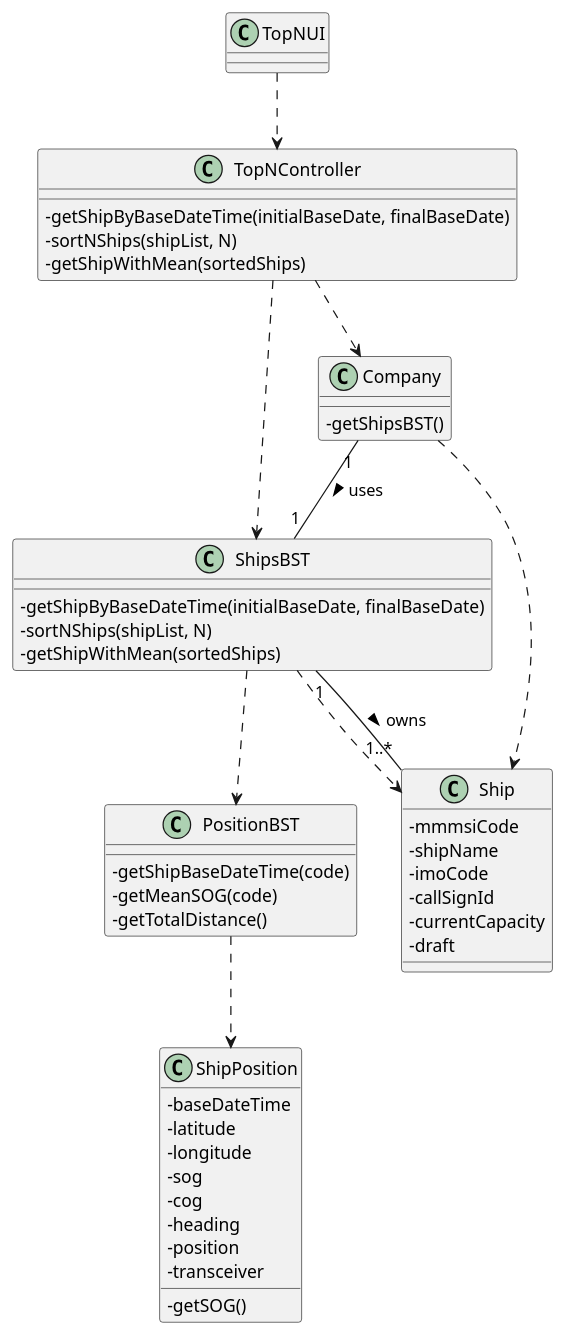
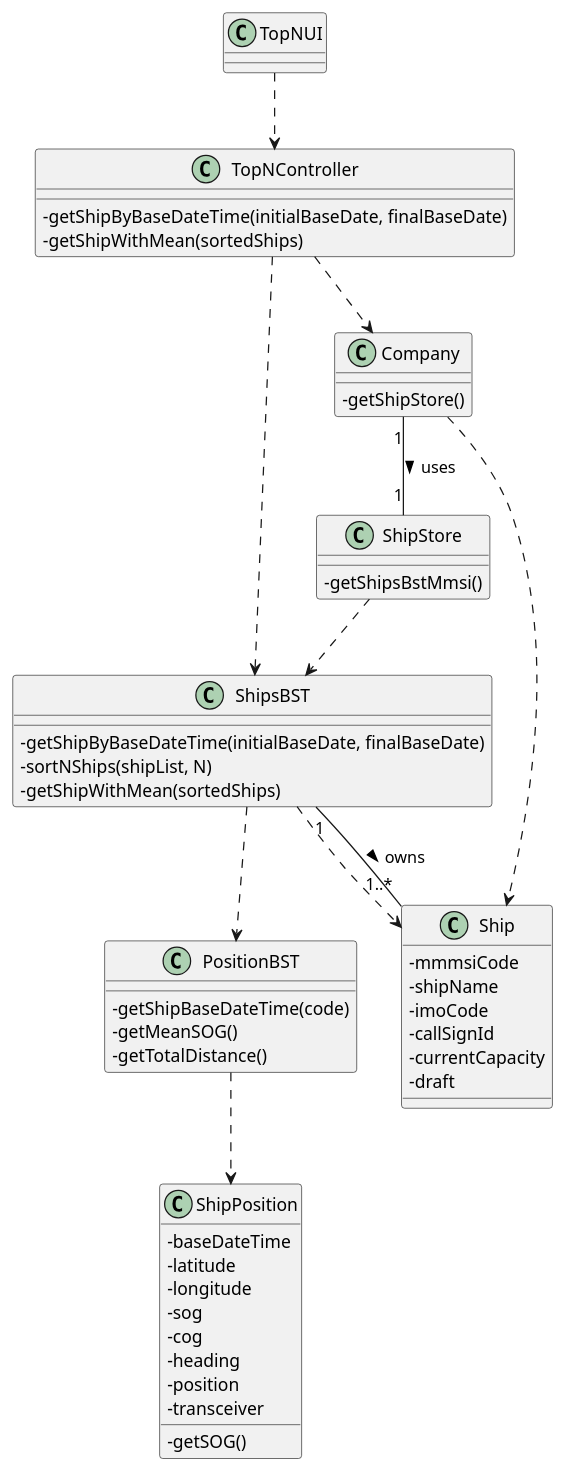
The diagram in docs/US106/US106_CD.puml (ana-albergaria/LAPR3-ISEP), drawn with PlantUML before and after one commit. The commit also changed 9 other files, not shown here.

```diff
--- a/docs/US106/US106_CD.puml
+++ b/docs/US106/US106_CD.puml
@@ -1,63 +1,67 @@
 @startuml
 
 skinparam classAttributeIconSize 0
 
 
 class Ship {
     -mmmsiCode
     -shipName
     -imoCode
     -callSignId
     -currentCapacity /'added by us'/
     -draft
 }
 
 class ShipPosition {
     -baseDateTime
     -latitude
     -longitude
     -sog
     -cog
     -heading
     -position
     -transceiver
     -getSOG()
 }
 
+class ShipStore {
+    -getShipsBstMmsi()
+}
+
 
 class TopNUI {}
 
 class TopNController {
     -getShipByBaseDateTime(initialBaseDate, finalBaseDate)
-    -sortNShips(shipList, N)
     -getShipWithMean(sortedShips)
 }
 
 class ShipsBST{
     -getShipByBaseDateTime(initialBaseDate, finalBaseDate)
     -sortNShips(shipList, N)
     -getShipWithMean(sortedShips)
 }
 
 class PositionBST{
     -getShipBaseDateTime(code)
-    -getMeanSOG(code)
+    -getMeanSOG()
     -getTotalDistance()
 }
 class Company {
-    -getShipsBST()
+    -getShipStore()
 }
 
 
-Company "1" -- "1" ShipsBST : uses >
+Company "1" -- "1" ShipStore : uses >
+ShipStore ..> ShipsBST
 ShipsBST ..> PositionBST
 ShipsBST "1" -- "1..*" Ship : owns >
 TopNUI ..> TopNController
 TopNController ..> ShipsBST
 TopNController ..> Company
 ShipsBST ..> Ship
 PositionBST ..> ShipPosition
 Company ..> Ship
 
 
 @enduml
```
